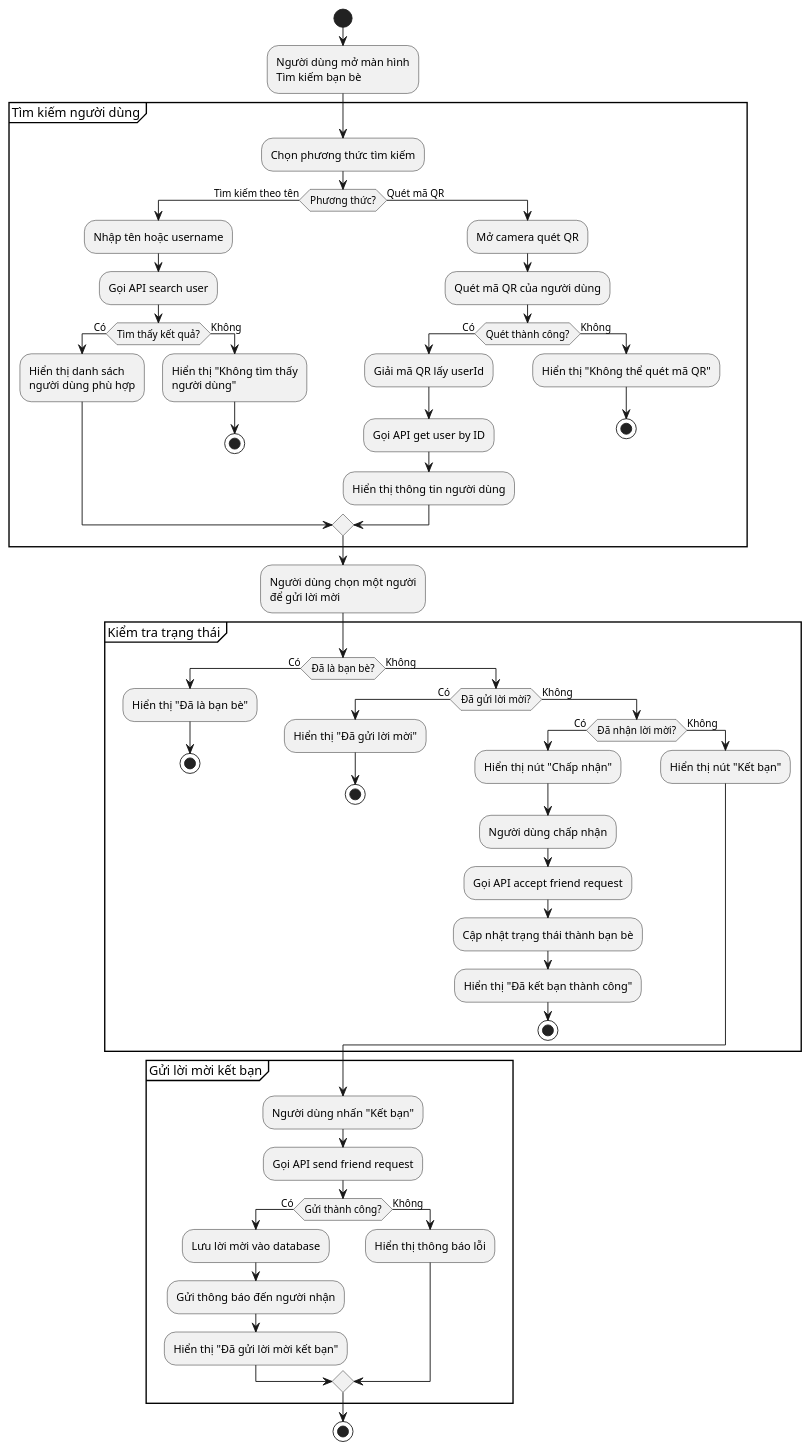
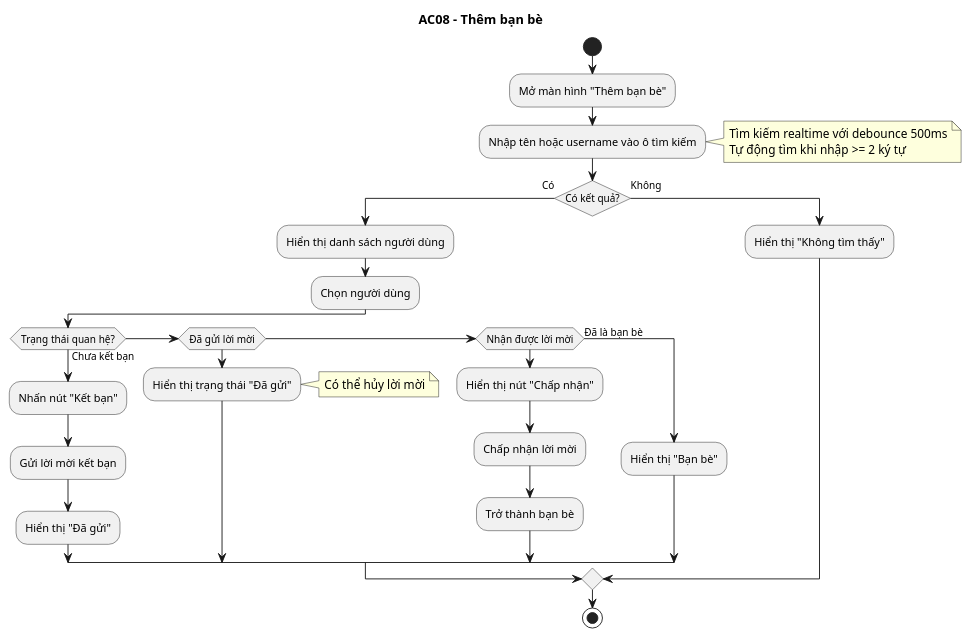
Before and after one commit to truongvi-ute/mapic_api: the diagram in docs/ActivityDiagram/AC08_AddFriend.puml, drawn with PlantUML. The commit also changed 19 other files, not shown here.

```diff
--- a/docs/ActivityDiagram/AC08_AddFriend.puml
+++ b/docs/ActivityDiagram/AC08_AddFriend.puml
@@ -1,75 +1,47 @@
 @startuml AC08_AddFriend
+title AC08 - Thêm bạn bè
+
+skinparam conditionStyle InsideDiamond
+skinparam shadowing false
+
 start
 
-:Người dùng mở màn hình\nTìm kiếm bạn bè;
+:Mở màn hình "Thêm bạn bè";
 
-partition "Tìm kiếm người dùng" {
-  :Chọn phương thức tìm kiếm;
+:Nhập tên hoặc username vào ô tìm kiếm;
+
+note right
+  Tìm kiếm realtime với debounce 500ms
+  Tự động tìm khi nhập >= 2 ký tự
+end note
+
+if (Có kết quả?) then (Có)
+  :Hiển thị danh sách người dùng;
   
-  if (Phương thức?) then (Tìm kiếm theo tên)
-    :Nhập tên hoặc username;
-    :Gọi API search user;
+  :Chọn người dùng;
+  
+  if (Trạng thái quan hệ?) then (Chưa kết bạn)
+    :Nhấn nút "Kết bạn";
+    :Gửi lời mời kết bạn;
+    :Hiển thị "Đã gửi";
     
-    if (Tìm thấy kết quả?) then (Có)
-      :Hiển thị danh sách\nngười dùng phù hợp;
-    else (Không)
-      :Hiển thị "Không tìm thấy\nngười dùng";
-      stop
-    endif
+  elseif (Đã gửi lời mời)
+    :Hiển thị trạng thái "Đã gửi";
+    note right: Có thể hủy lời mời
     
-  else (Quét mã QR)
-    :Mở camera quét QR;
-    :Quét mã QR của người dùng;
+  elseif (Nhận được lời mời)
+    :Hiển thị nút "Chấp nhận";
+    :Chấp nhận lời mời;
+    :Trở thành bạn bè;
     
-    if (Quét thành công?) then (Có)
-      :Giải mã QR lấy userId;
-      :Gọi API get user by ID;
-      :Hiển thị thông tin người dùng;
-    else (Không)
-      :Hiển thị "Không thể quét mã QR";
-      stop
-    endif
+  else (Đã là bạn bè)
+    :Hiển thị "Bạn bè";
   endif
-}
-
-:Người dùng chọn một người\nđể gửi lời mời;
-
-partition "Kiểm tra trạng thái" {
-  if (Đã là bạn bè?) then (Có)
-    :Hiển thị "Đã là bạn bè";
-    stop
-  else (Không)
-    if (Đã gửi lời mời?) then (Có)
-      :Hiển thị "Đã gửi lời mời";
-      stop
-    else (Không)
-      if (Đã nhận lời mời?) then (Có)
-        :Hiển thị nút "Chấp nhận";
-        :Người dùng chấp nhận;
-        :Gọi API accept friend request;
-        :Cập nhật trạng thái thành bạn bè;
-        :Hiển thị "Đã kết bạn thành công";
-        stop
-      else (Không)
-        :Hiển thị nút "Kết bạn";
-      endif
-    endif
-  endif
-}
-
-partition "Gửi lời mời kết bạn" {
-  :Người dùng nhấn "Kết bạn";
-  :Gọi API send friend request;
   
-  if (Gửi thành công?) then (Có)
-    :Lưu lời mời vào database;
-    :Gửi thông báo đến người nhận;
-    :Hiển thị "Đã gửi lời mời kết bạn";
-  else (Không)
-    :Hiển thị thông báo lỗi;
-  endif
-}
+else (Không)
+  :Hiển thị "Không tìm thấy";
+endif
 
 stop
 
 @enduml
```
